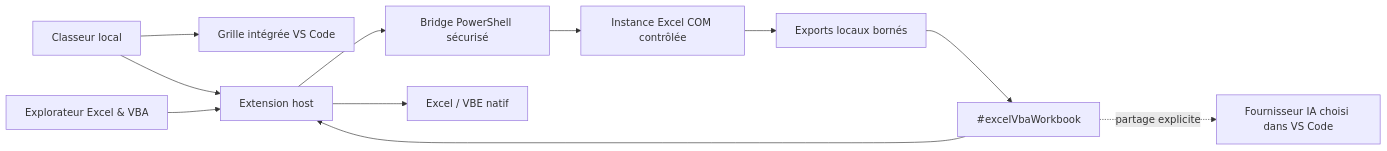
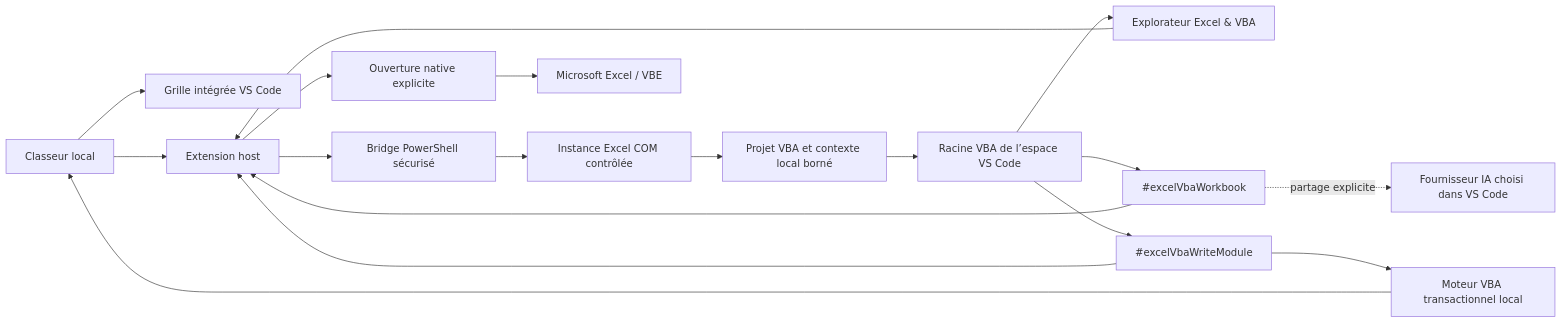
The diagram in README.md (StephaneSGL/excel-ai-vba-studio), drawn with Mermaid before and after one commit. The commit also changed other lines of this file and 78 other files, not shown here.

````diff
--- a/README.md
+++ b/README.md
@@ -102,13 +123,20 @@
 ```mermaid
 flowchart LR
   File["Classeur local"] --> Grid["Grille intégrée VS Code"]
   File --> Host["Extension host"]
   Explorer["Explorateur Excel & VBA"] --> Host
   Tool["#excelVbaWorkbook"] --> Host
+  WriteTool["#excelVbaWriteModule"] --> Host
   Host --> Bridge["Bridge PowerShell sécurisé"]
   Bridge --> Excel["Instance Excel COM contrôlée"]
-  Excel --> Export["Exports locaux bornés"]
-  Export --> Tool
-  Host --> Native["Excel / VBE natif"]
+  Excel --> Export["Projet VBA et contexte local borné"]
+  Export --> Workspace["Racine VBA de l’espace VS Code"]
+  Workspace --> Explorer
+  Workspace --> Tool
+  Workspace --> WriteTool
+  WriteTool --> Writer["Moteur VBA transactionnel local"]
+  Writer --> File
+  Host --> Launcher["Ouverture native explicite"]
+  Launcher --> ExcelUi["Microsoft Excel / VBE"]
   Tool -. "partage explicite" .-> AI["Fournisseur IA choisi dans VS Code"]
 ```
````
